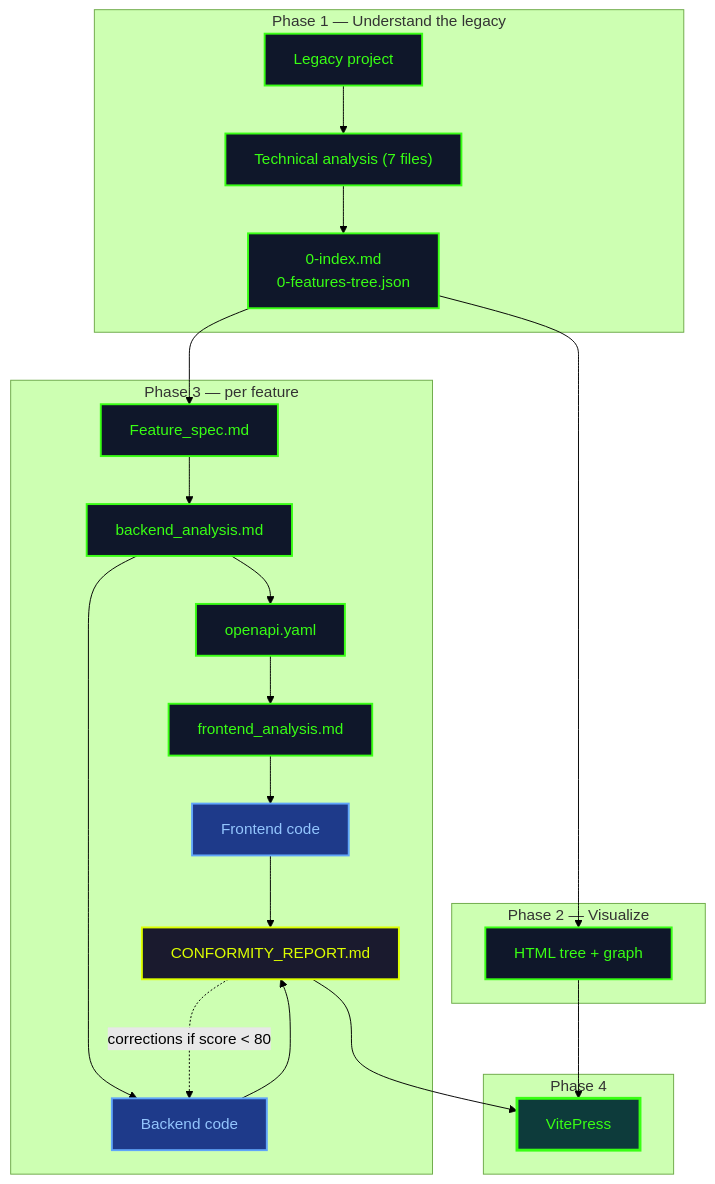
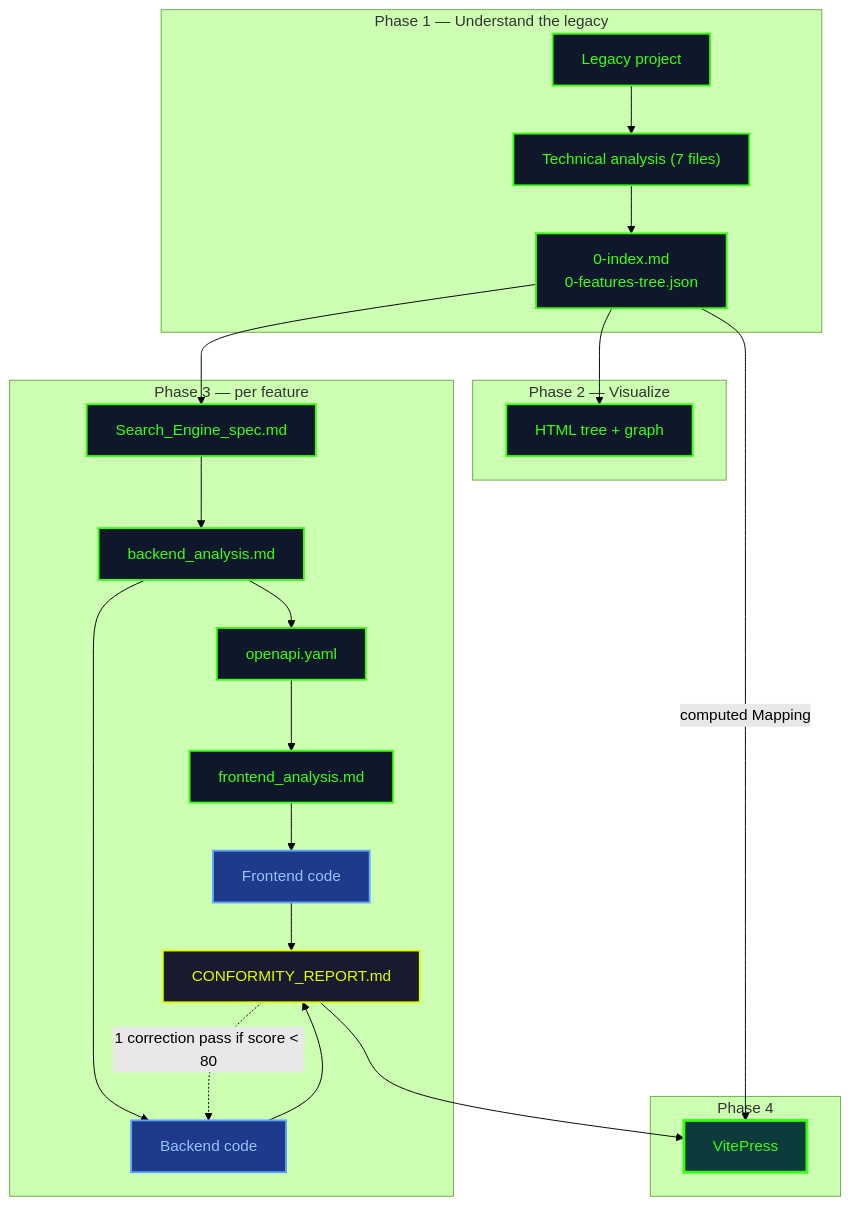
Diagram 15 of 15 in docs/en/guide/methodology.md (fondative/claude-code-ecosystem), drawn with Mermaid (forest theme) before and after one commit. The commit also changed other lines of this file and 395 other files, not shown here.

````diff
--- a/docs/en/guide/methodology.md
+++ b/docs/en/guide/methodology.md
@@ -651,49 +823,49 @@
 ```mermaid
 graph TB
     subgraph P1["Phase 1 — Understand the legacy"]
         LEGACY["Legacy project"]
         TECH["Technical analysis (7 files)"]
         INV["0-index.md<br/>0-features-tree.json"]
         LEGACY --> TECH --> INV
     end
 
     subgraph P2["Phase 2 — Visualize"]
         VIZ["HTML tree + graph"]
     end
 
     subgraph P3["Phase 3 — per feature"]
-        SPEC["Feature_spec.md"]
+        SPEC["Search_Engine_spec.md"]
         BACK["backend_analysis.md"]
         OAS["openapi.yaml"]
         FRONT["frontend_analysis.md"]
         CODE_B["Backend code"]
         CODE_F["Frontend code"]
         REPORT["CONFORMITY_REPORT.md"]
 
         SPEC --> BACK --> OAS --> FRONT
         BACK --> CODE_B
         FRONT --> CODE_F
         CODE_B --> REPORT
         CODE_F --> REPORT
-        REPORT -. "corrections if score < 80" .-> CODE_B
+        REPORT -. "1 correction pass if score < 80" .-> CODE_B
     end
 
     subgraph P4["Phase 4"]
         DOCS["VitePress"]
     end
 
     INV --> VIZ
     INV --> SPEC
-    VIZ --> DOCS
+    INV -->|"computed Mapping"| DOCS
     REPORT --> DOCS
 
     classDef file fill:#0f172a,stroke:#39ff14,stroke-width:2px,color:#39ff14
     classDef code fill:#1e3a8a,stroke:#60a5fa,stroke-width:2px,color:#93c5fd
     classDef report fill:#1a1a2e,stroke:#ddff00,stroke-width:2px,color:#ddff00
     classDef output fill:#0d3b3b,stroke:#39ff14,stroke-width:3px,color:#39ff14
 
     class LEGACY,TECH,INV,VIZ,SPEC,BACK,OAS,FRONT file
     class CODE_B,CODE_F code
     class REPORT report
     class DOCS output
 ```
````
